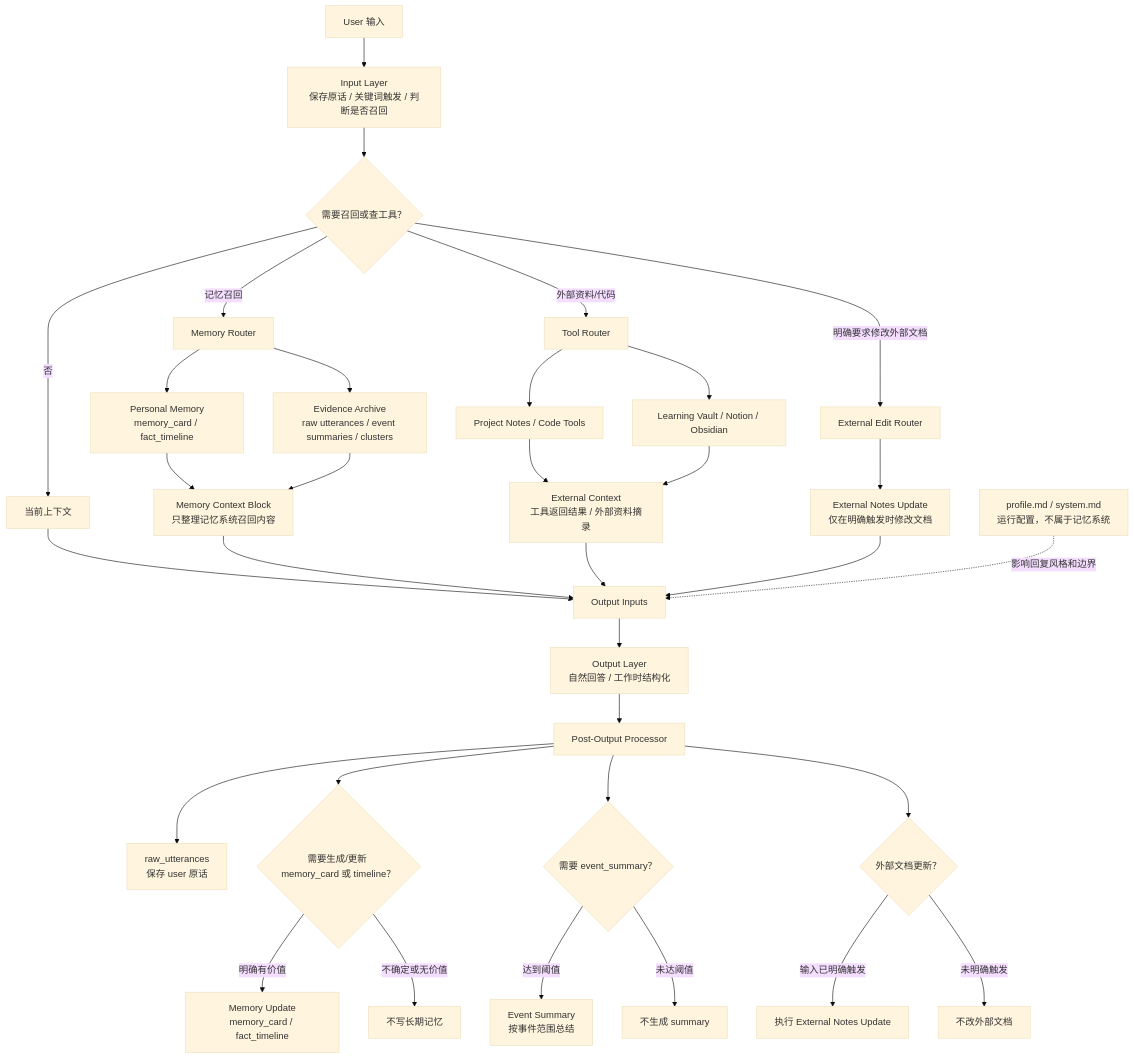
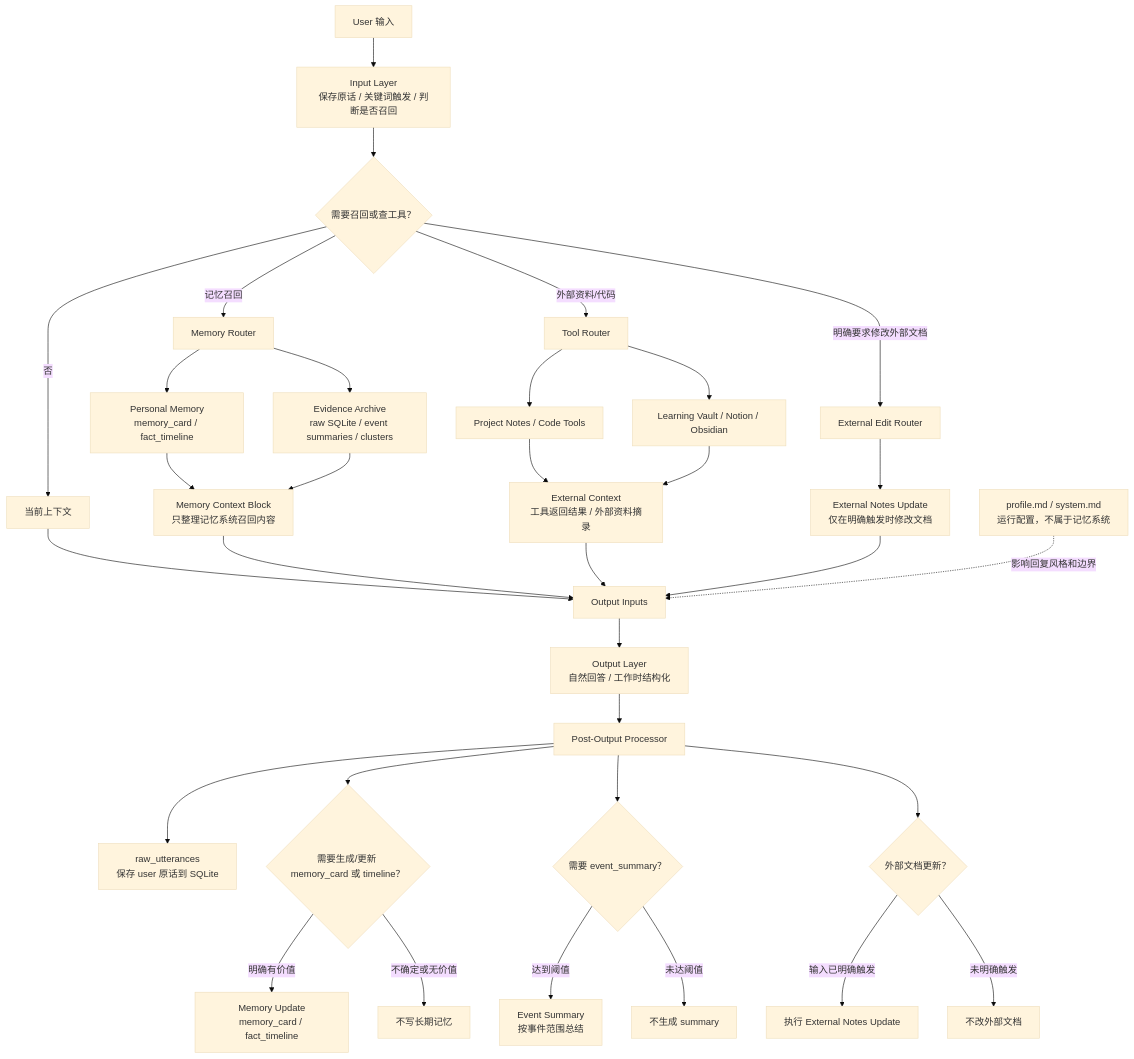
Before and after one commit to piup9911-crypto/telegram-qi_bot: the diagram in plan.md, drawn with Mermaid (base theme). The commit also changed other lines of this file, not shown here.

Commit message:
Add SQLite raw conversation store plan

````diff
--- a/plan.md
+++ b/plan.md
@@ -36,47 +36,47 @@
 ```mermaid
 flowchart TD
   U["User 输入"] --> I["Input Layer<br/>保存原话 / 关键词触发 / 判断是否召回"]
 
   I --> R{"需要召回或查工具？"}
 
   R -->|"否"| C["当前上下文"]
   R -->|"记忆召回"| MR["Memory Router"]
   R -->|"外部资料/代码"| TR["Tool Router"]
   R -->|"明确要求修改外部文档"| ER["External Edit Router"]
 
   MR --> PM["Personal Memory<br/>memory_card / fact_timeline"]
-  MR --> EV["Evidence Archive<br/>raw utterances / event summaries / clusters"]
+  MR --> EV["Evidence Archive<br/>raw SQLite / event summaries / clusters"]
   PM --> MB["Memory Context Block<br/>只整理记忆系统召回内容"]
   EV --> MB
 
   TR --> PN["Project Notes / Code Tools"]
   TR --> LV["Learning Vault / Notion / Obsidian"]
   PN --> EX["External Context<br/>工具返回结果 / 外部资料摘录"]
   LV --> EX
 
   ER --> ED["External Notes Update<br/>仅在明确触发时修改文档"]
 
   C --> OI["Output Inputs"]
   MB --> OI
   EX --> OI
   ED --> OI
 
   CFG["profile.md / system.md<br/>运行配置，不属于记忆系统"] -. "影响回复风格和边界" .-> OI
 
   OI --> O["Output Layer<br/>自然回答 / 工作时结构化"]
 
   O --> PU["Post-Output Processor"]
-  PU --> RAW["raw_utterances<br/>保存 user 原话"]
+  PU --> RAW["raw_utterances<br/>保存 user 原话到 SQLite"]
   PU --> MW{"需要生成/更新 memory_card 或 timeline？"}
   PU --> ES{"需要 event_summary？"}
   PU --> EU{"外部文档更新？"}
 
   MW -->|"明确有价值"| MEM["Memory Update<br/>memory_card / fact_timeline"]
   MW -->|"不确定或无价值"| NO1["不写长期记忆"]
 
   ES -->|"达到阈值"| SUM["Event Summary<br/>按事件范围总结"]
   ES -->|"未达阈值"| NO2["不生成 summary"]
 
   EU -->|"输入已明确触发"| EXT["执行 External Notes Update"]
   EU -->|"未明确触发"| NO3["不改外部文档"]
 ```
````
